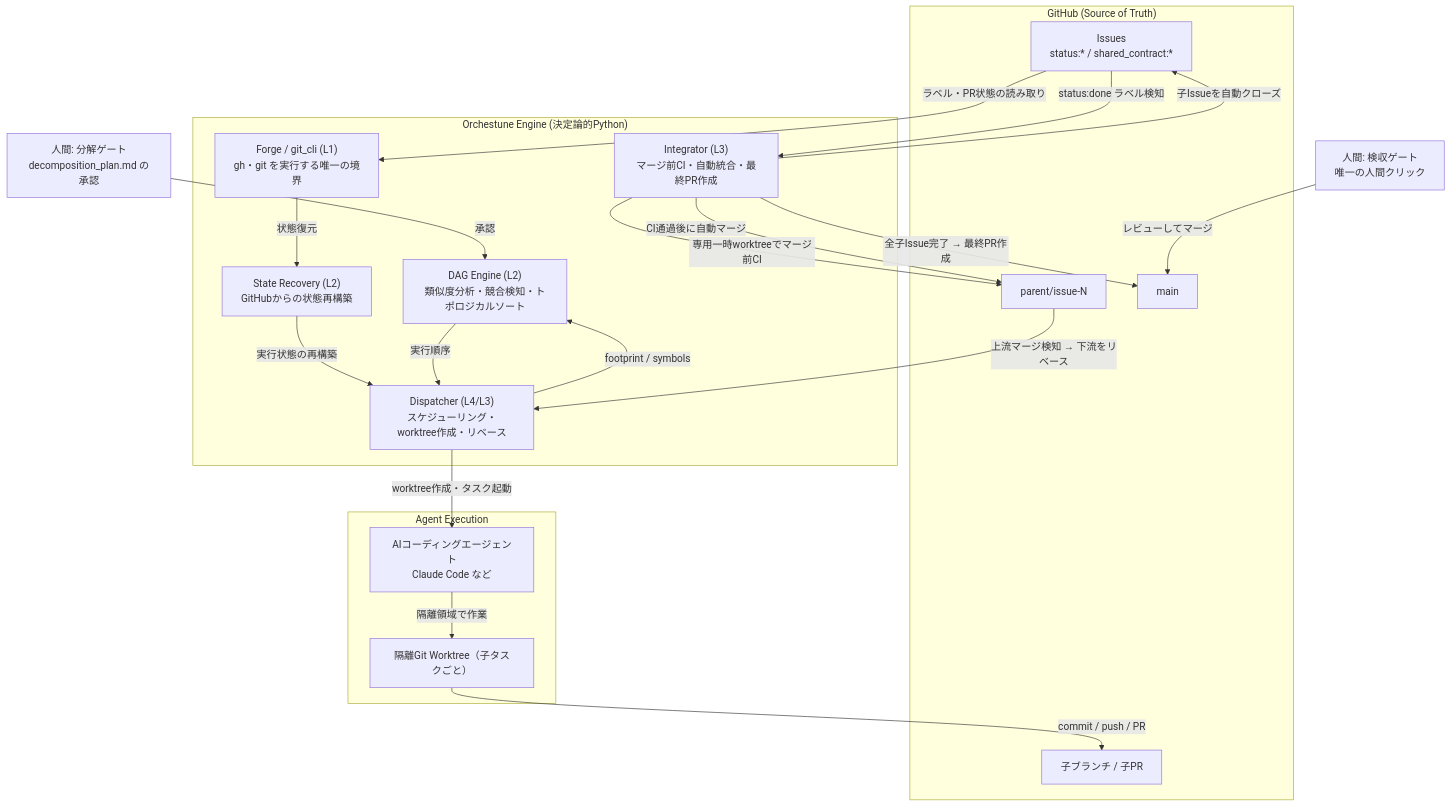
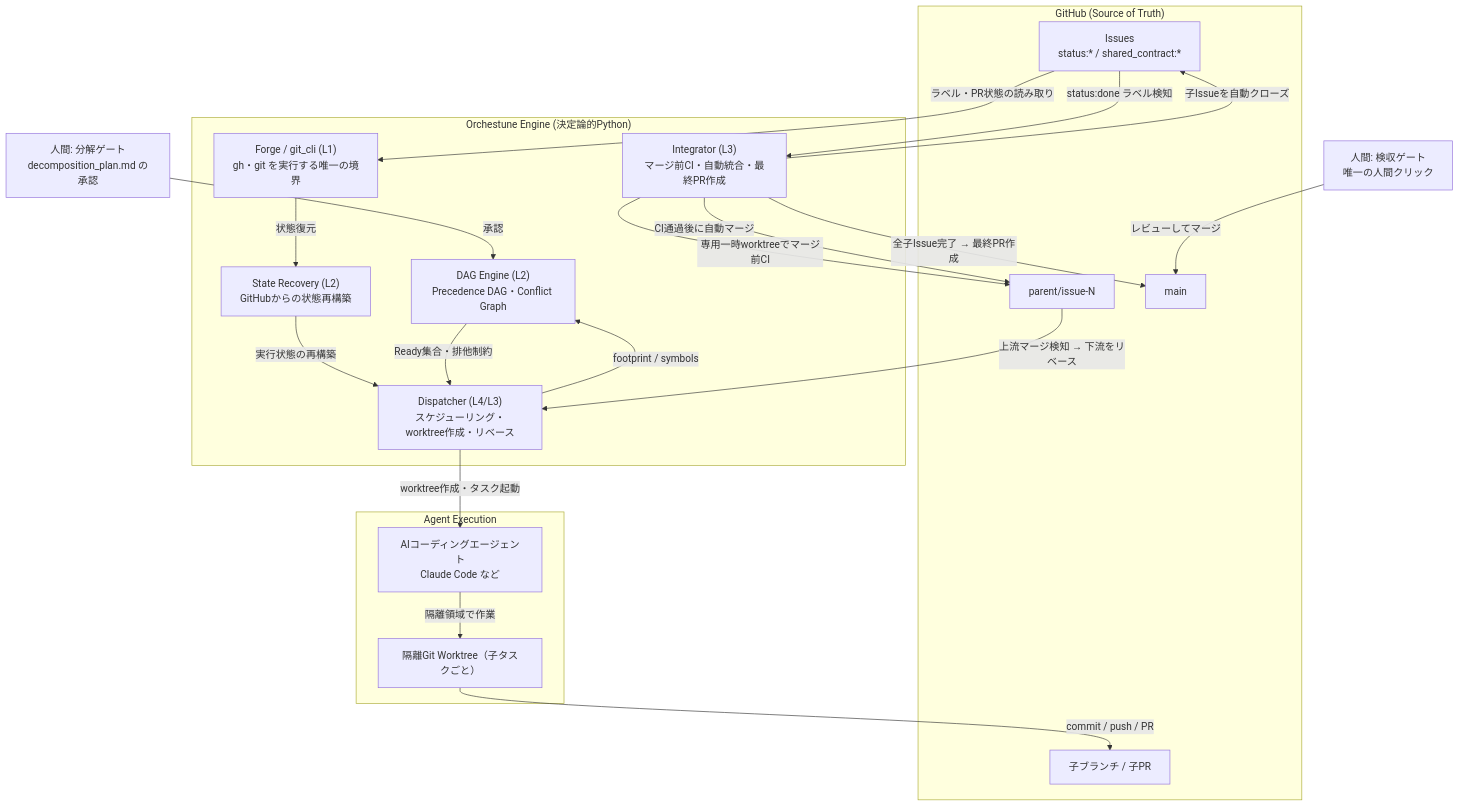
Before and after one commit to Saltmu/orchestune: the first of 3 diagrams in docs/ja/architecture.md, drawn with Mermaid. The commit also changed other lines of this file and 38 other files, not shown here.

Commit message:
feat(dag): separate precedence and conflict graphs

````diff
--- a/docs/ja/architecture.md
+++ b/docs/ja/architecture.md
@@ -11,42 +11,42 @@
 ```mermaid
 graph TD
     HU1["人間: 分解ゲート<br/>decomposition_plan.md の承認"]
     HU2["人間: 検収ゲート<br/>唯一の人間クリック"]
 
     subgraph GH ["GitHub (Source of Truth)"]
         GI["Issues<br/>status:* / shared_contract:*"]
         GP["子ブランチ / 子PR"]
         PB["parent/issue-N"]
         MB["main"]
     end
 
     subgraph ENG ["Orchestune Engine (決定論的Python)"]
         L1["Forge / git_cli (L1)<br/>gh・git を実行する唯一の境界"]
         REC["State Recovery (L2)<br/>GitHubからの状態再構築"]
-        DAG["DAG Engine (L2)<br/>類似度分析・競合検知・トポロジカルソート"]
+        DAG["DAG Engine (L2)<br/>Precedence DAG・Conflict Graph"]
         DP["Dispatcher (L4/L3)<br/>スケジューリング・worktree作成・リベース"]
         IG["Integrator (L3)<br/>マージ前CI・自動統合・最終PR作成"]
     end
 
     subgraph EX ["Agent Execution"]
         WT["隔離Git Worktree（子タスクごと）"]
         AG["AIコーディングエージェント<br/>Claude Code など"]
     end
 
     HU1 -->|承認| DAG
     GI -->|ラベル・PR状態の読み取り| L1
     L1 -->|状態復元| REC
     REC -->|実行状態の再構築| DP
-    DAG -->|実行順序| DP
+    DAG -->|Ready集合・排他制約| DP
     DP -->|footprint / symbols| DAG
     DP -->|worktree作成・タスク起動| AG
     AG -->|隔離領域で作業| WT
     WT -->|commit / push / PR| GP
     GI -->|status:done ラベル検知| IG
     IG -->|専用一時worktreeでマージ前CI| PB
     IG -->|CI通過後に自動マージ| PB
     IG -->|子Issueを自動クローズ| GI
     PB -->|上流マージ検知 → 下流をリベース| DP
     IG -->|全子Issue完了 → 最終PR作成| MB
     HU2 -->|レビューしてマージ| MB
 ```
````
